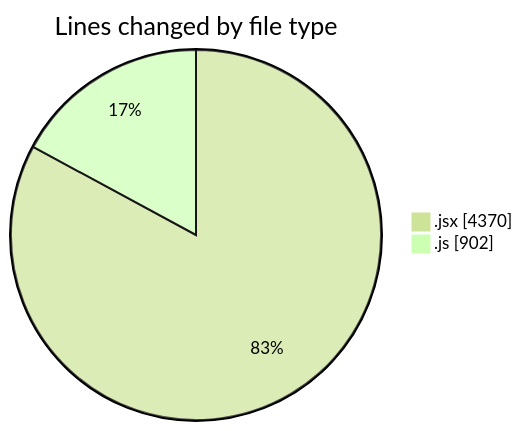
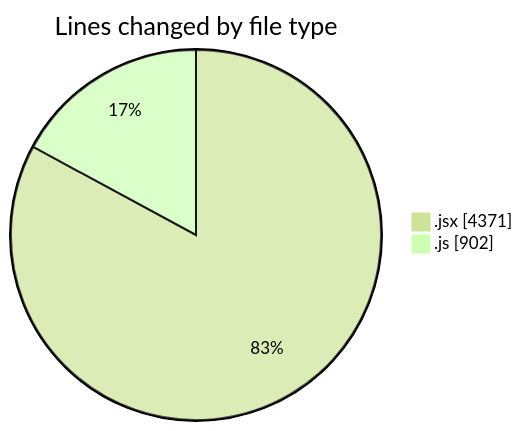
The first of 2 diagrams in 2025-09-22/nxtqube_webapp/README.md (nxtqubesakshisongat/code-tracking), drawn with Mermaid (forest theme) before and after one commit. The commit also changed other lines of this file and 1 other file, not shown here.

````diff
--- a/2025-09-22/nxtqube_webapp/README.md
+++ b/2025-09-22/nxtqube_webapp/README.md
@@ -25,6 +25,6 @@
 ```mermaid
 pie showData
 title Lines changed by file type
-".jsx" : 4370
+".jsx" : 4371
 ".js" : 902
 ```
````
